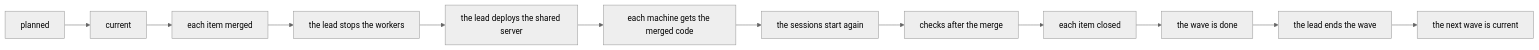
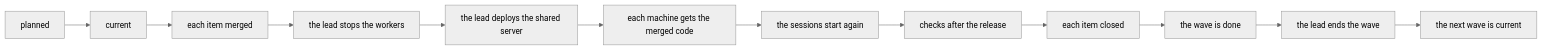
The second of 3 diagrams in docs/src/waves.md (como-technologies/riff), drawn with Mermaid (neutral theme) before and after one commit. The commit also changed other lines of this file and 9 other files, not shown here.

````diff
--- a/docs/src/waves.md
+++ b/docs/src/waves.md
@@ -43,14 +43,14 @@
 ```mermaid
 flowchart LR
     P[planned] --> C[current]
     C --> M[each item merged]
     M --> S[the lead stops the workers]
     S --> P2[the lead deploys the shared server]
     P2 --> U[each machine gets the merged code]
     U --> R[the sessions start again]
-    R --> K[checks after the merge]
+    R --> K[checks after the release]
     K --> X[each item closed]
     X --> D[the wave is done]
     D --> E[the lead ends the wave]
     E --> N[the next wave is current]
 ```
````
